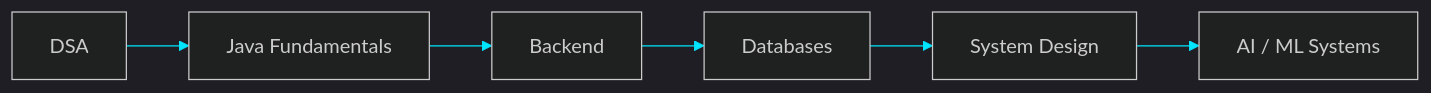
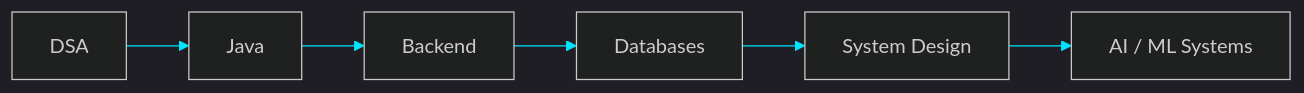
The eighth of 8 diagrams in README.md (tarunkkumarsahu/tarunkkumarsahu), drawn with Mermaid before and after one commit. The commit also changed other lines of this file, not shown here.

````diff
--- a/README.md
+++ b/README.md
@@ -252,5 +344,5 @@
 ```mermaid
 %%{init: {'theme':'dark','themeVariables':{'primaryColor':'#0F172A','primaryBorderColor':'#00E5FF','primaryTextColor':'#E6FBFF','lineColor':'#00E5FF'}}}%%
 flowchart LR
-    A[DSA] --> B[Java Fundamentals] --> C[Backend] --> D[Databases] --> E[System Design] --> F[AI / ML Systems]
+    A[DSA] --> B[Java] --> C[Backend] --> D[Databases] --> E[System Design] --> F[AI / ML Systems]
 ```
````
